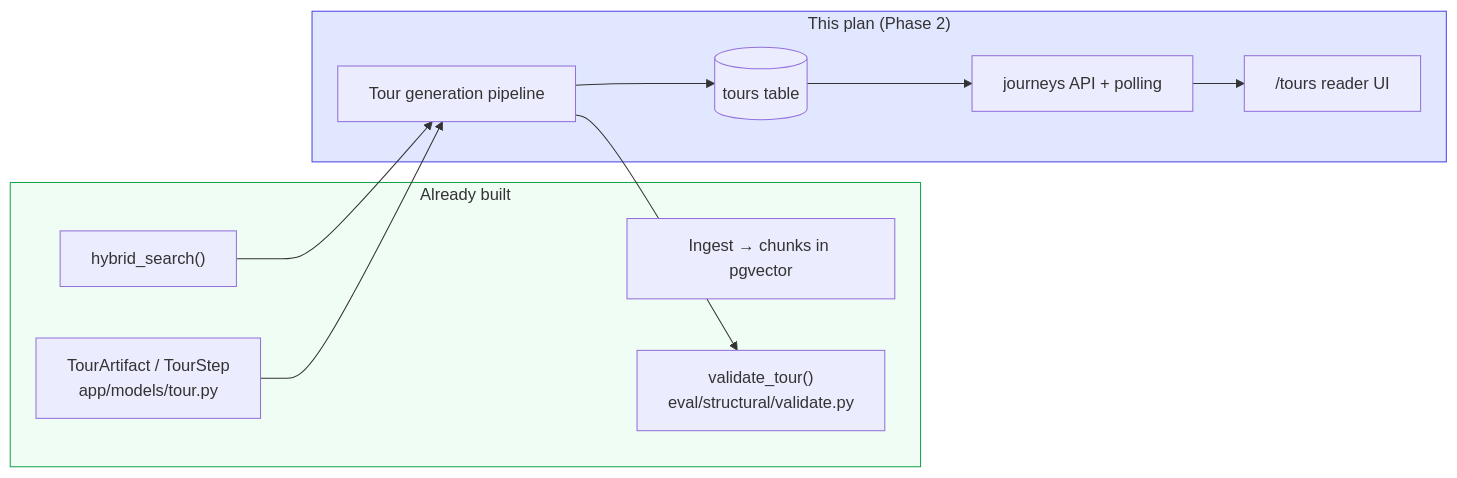
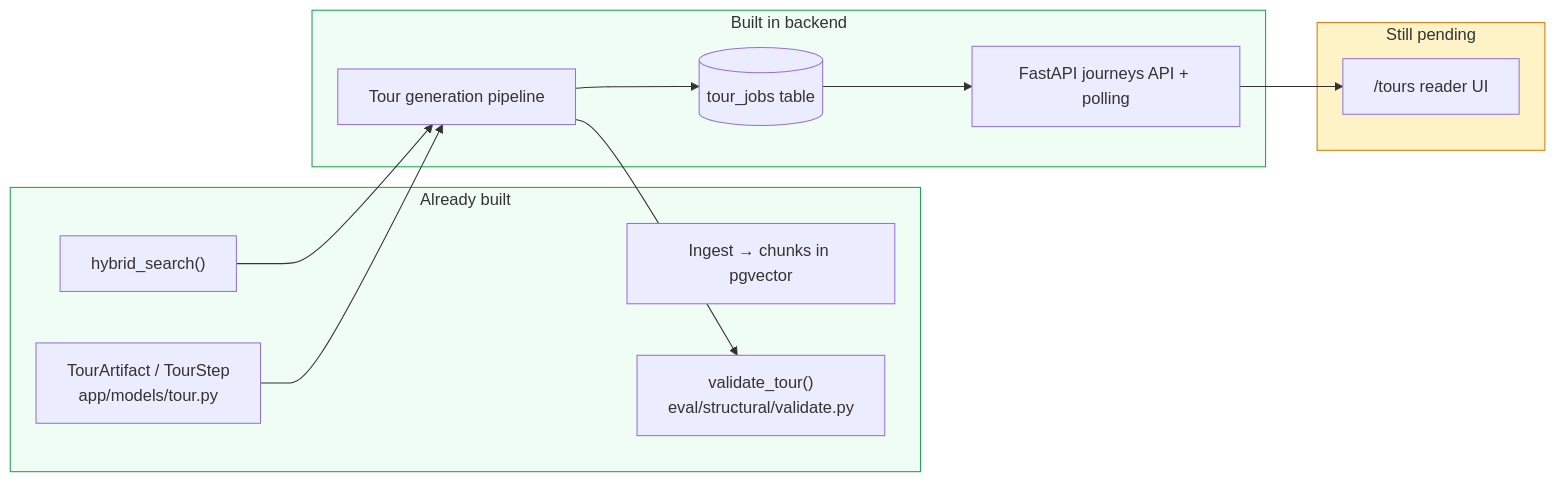
The first of 5 diagrams in docs/tour-generation.md (jballo/camino), drawn with Mermaid before and after one commit. The commit also changed other lines of this file and 4 other files, not shown here.

````diff
--- a/docs/tour-generation.md
+++ b/docs/tour-generation.md
@@ -26,26 +29,30 @@
 ```mermaid
 flowchart LR
   subgraph have["Already built"]
     Ingest[Ingest → chunks in pgvector]
     Search["hybrid_search()"]
     Schema["TourArtifact / TourStep<br/>app/models/tour.py"]
     Validate["validate_tour()<br/>eval/structural/validate.py"]
   end
 
-  subgraph build["This plan (Phase 2)"]
+  subgraph built["Built in backend"]
     Pipeline[Tour generation pipeline]
-    Persist[(tours table)]
-    API[journeys API + polling]
+    Persist[(tour_jobs table)]
+    API[FastAPI journeys API + polling]
+  end
+
+  subgraph remaining["Still pending"]
     Reader["/tours reader UI"]
   end
 
   Search --> Pipeline
   Schema --> Pipeline
   Pipeline --> Validate
   Pipeline --> Persist
   Persist --> API
   API --> Reader
 
-  style build fill:#e0e7ff,stroke:#4f46e5
+  style built fill:#f0fdf4,stroke:#16a34a
+  style remaining fill:#fef3c7,stroke:#d97706
   style have fill:#f0fdf4,stroke:#16a34a
 ```
````
